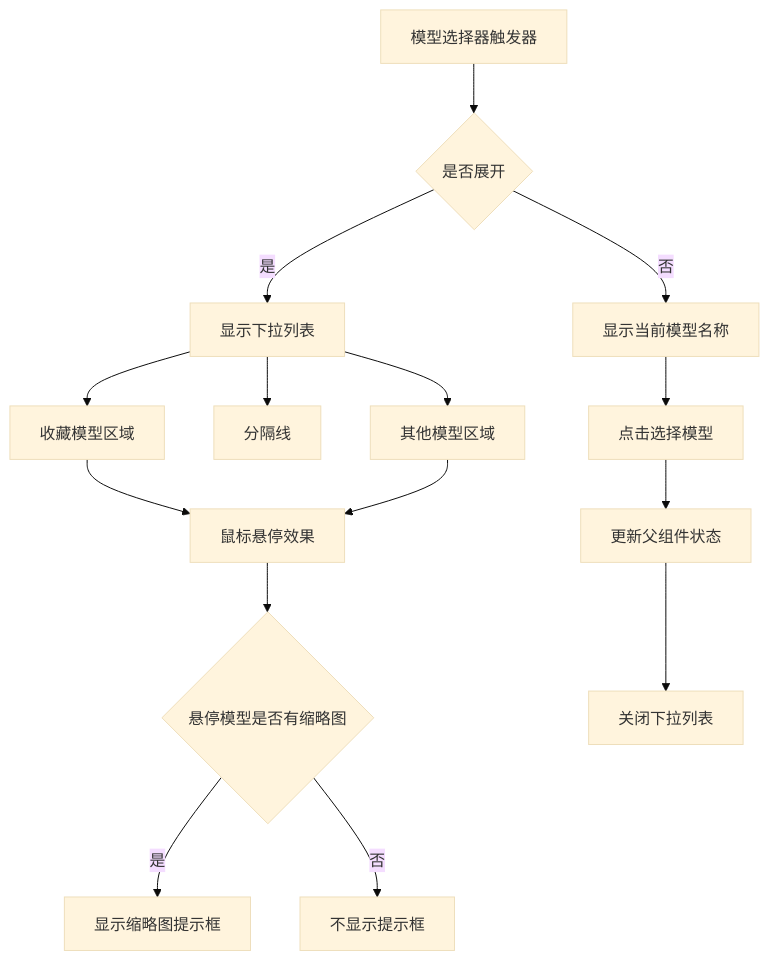
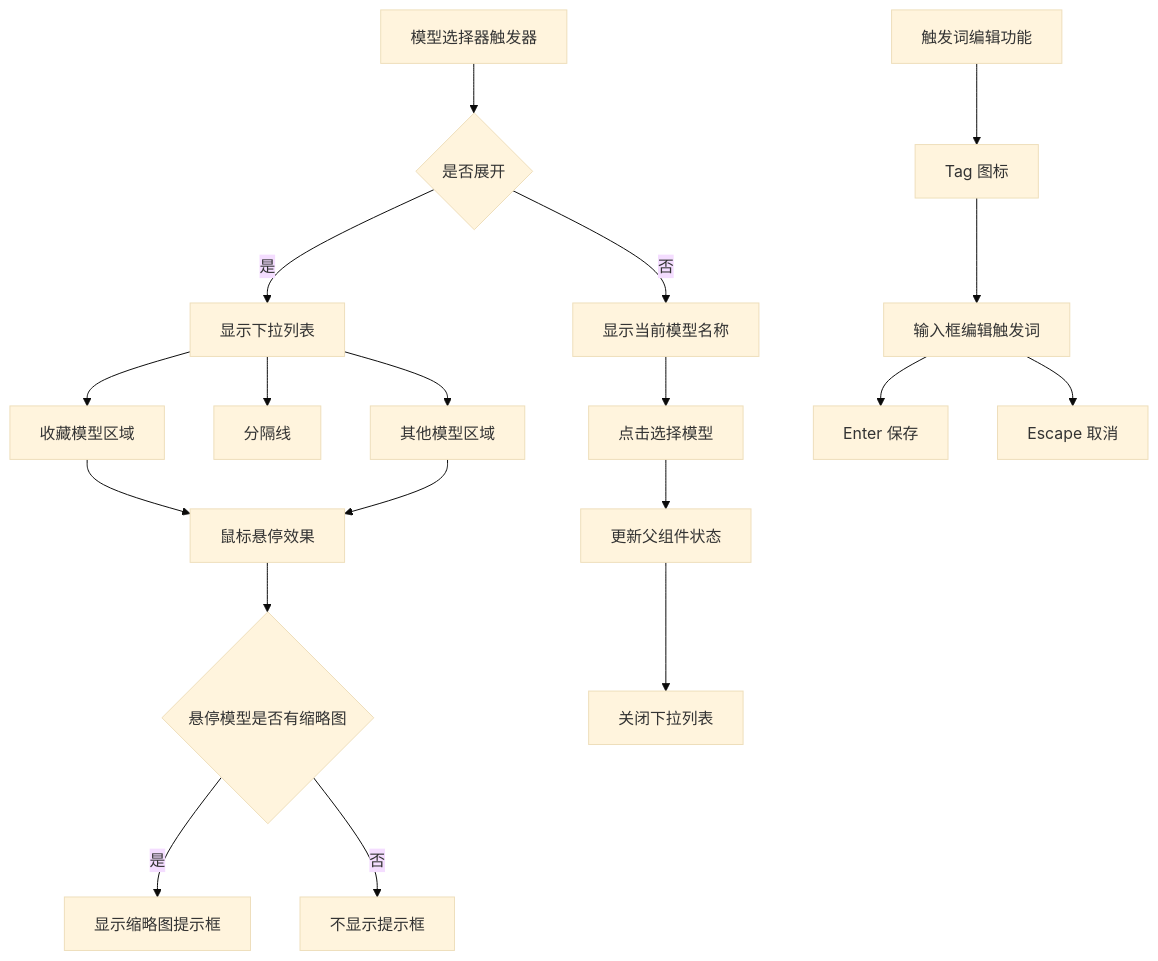
The fifth of 10 diagrams in .qoder/repowiki/zh/content/前端应用/模型元数据管理.md (billye220670/CorineKit_Pix2Real), drawn with Mermaid (base theme) before and after one commit. The commit also changed other lines of this file and 43 other files, not shown here.

````diff
--- a/.qoder/repowiki/zh/content/前端应用/模型元数据管理.md
+++ b/.qoder/repowiki/zh/content/前端应用/模型元数据管理.md
@@ -195,17 +232,21 @@
 ```mermaid
 flowchart TD
 A[模型选择器触发器] --> B{是否展开}
 B --> |否| C[显示当前模型名称]
 B --> |是| D[显示下拉列表]
 D --> E[收藏模型区域]
 D --> F[分隔线]
 D --> G[其他模型区域]
 E --> H[鼠标悬停效果]
 G --> H
 H --> I{悬停模型是否有缩略图}
 I --> |是| J[显示缩略图提示框]
 I --> |否| K[不显示提示框]
 C --> L[点击选择模型]
 L --> M[更新父组件状态]
 M --> N[关闭下拉列表]
+O[触发词编辑功能] --> P[Tag 图标]
+P --> Q[输入框编辑触发词]
+Q --> R[Enter 保存]
+Q --> S[Escape 取消]
 ```
````
